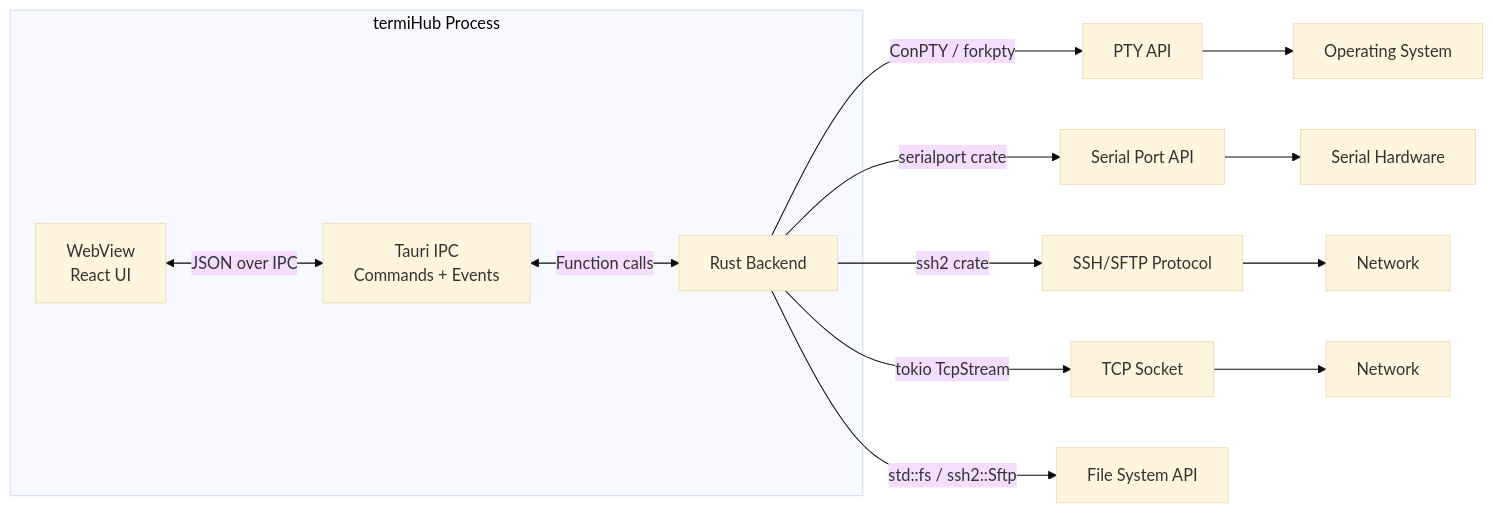
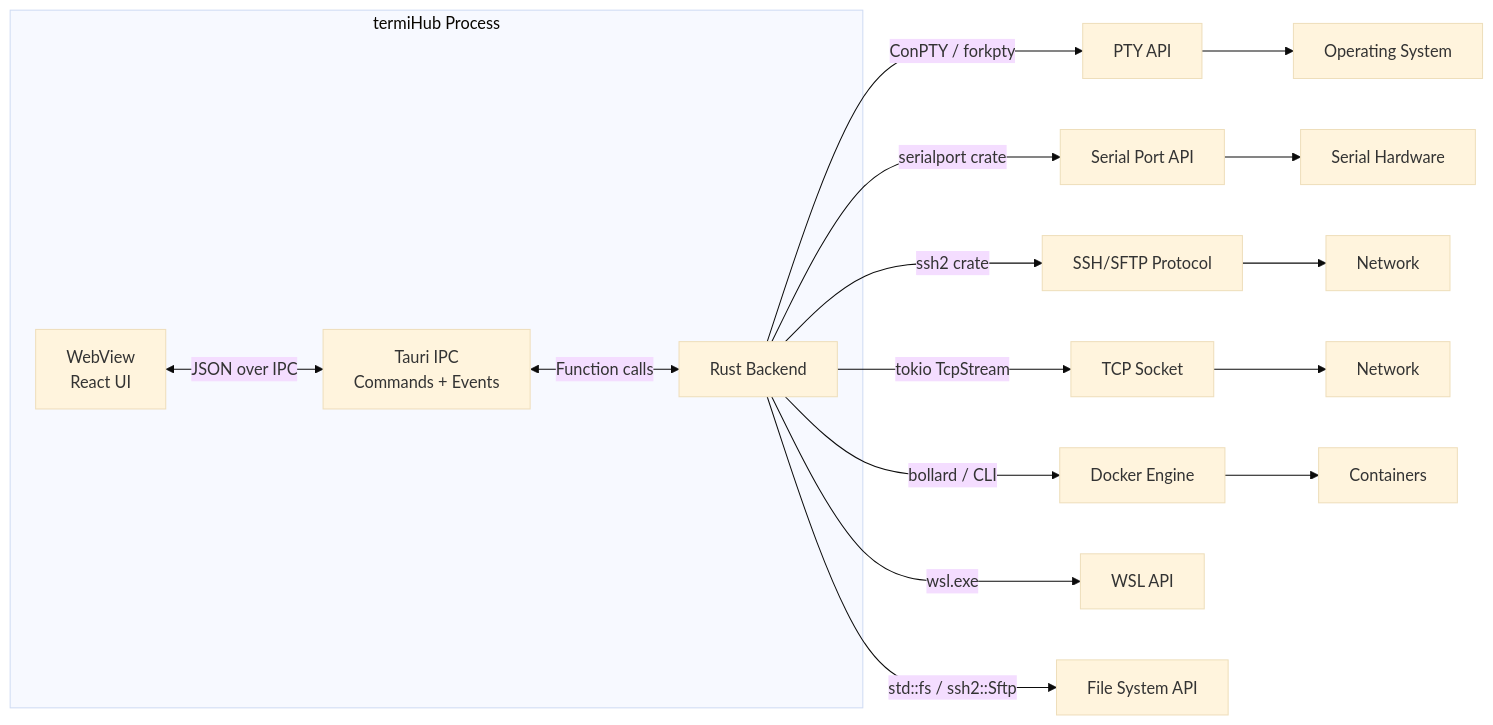
The second of 23 diagrams in docs/architecture.md (armaxri/termiHub), drawn with Mermaid (base theme) before and after one commit. The commit also changed other lines of this file and 1 other file, not shown here.

First line of the commit message:
docs: update architecture.md and README.md for recent major changes

````diff
--- a/docs/architecture.md
+++ b/docs/architecture.md
@@ -134,22 +148,25 @@
 ```mermaid
 graph LR
     subgraph "termiHub Process"
         WV[WebView<br/>React UI]
         IPC[Tauri IPC<br/>Commands + Events]
         RUST[Rust Backend]
     end
 
     WV <-->|JSON over IPC| IPC
     IPC <-->|Function calls| RUST
 
     RUST -->|ConPTY / forkpty| PTY[PTY API]
     RUST -->|serialport crate| SERIAL_API[Serial Port API]
     RUST -->|ssh2 crate| SSH_API[SSH/SFTP Protocol]
     RUST -->|tokio TcpStream| TELNET_API[TCP Socket]
+    RUST -->|bollard / CLI| DOCKER_API[Docker Engine]
+    RUST -->|wsl.exe| WSL_API[WSL API]
     RUST -->|std::fs / ssh2::Sftp| FS_API[File System API]
 
     PTY --> OS[Operating System]
     SERIAL_API --> HW[Serial Hardware]
     SSH_API --> NET1[Network]
     TELNET_API --> NET2[Network]
+    DOCKER_API --> CONTAINERS[Containers]
 ```
````
